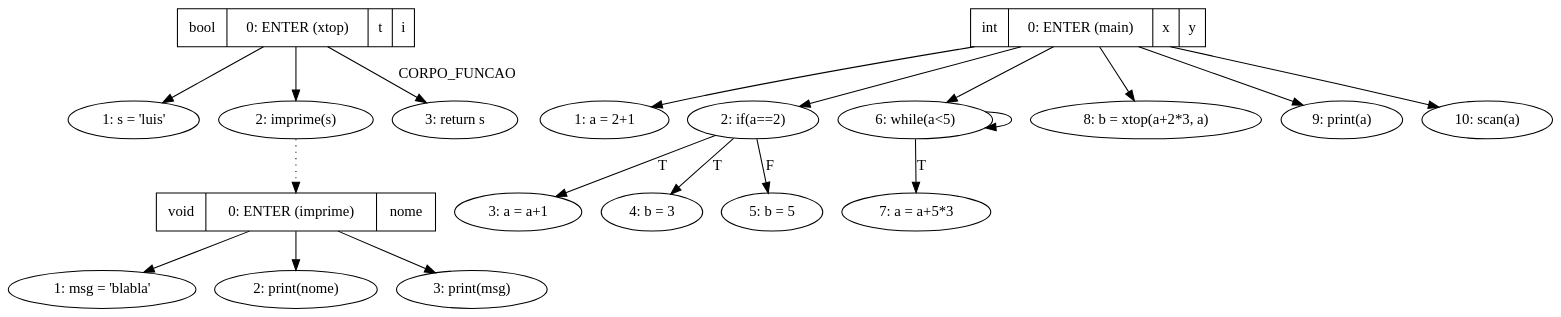
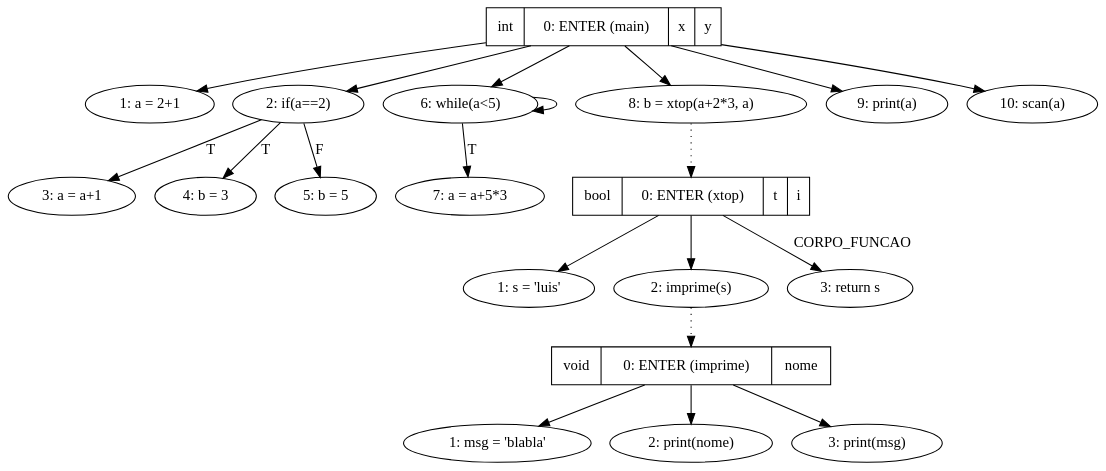
The diagram in ATS/Fichas/Cmb/Gramatica/output/sdg.gv (MiguelCosta/EngenhariaDeLinguagens), drawn with Graphviz before and after one commit. The commit also changed 15 other files, not shown here.

```diff
--- a/ATS/Fichas/Cmb/Gramatica/output/sdg.gv
+++ b/ATS/Fichas/Cmb/Gramatica/output/sdg.gv
@@ -1,52 +1,53 @@
 digraph mainmapSDG {
 graph [bgcolor=transparent];
 "0:ENTER (imprime)"[shape=record, label="{{void|0: ENTER (imprime)|nome}}"];
 "1:msg = 'blabla'"[label="1: msg = 'blabla'"];
 "2:print(nome)"[label="2: print(nome)"];
 "3:print(msg)"[label="3: print(msg)"];
 
 
 "0:ENTER (imprime)" -> "1:msg = 'blabla'";
 	"0:ENTER (imprime)" -> "2:print(nome)";
 	"0:ENTER (imprime)" -> "3:print(msg)";
 	
 
 "0:ENTER (main)"[shape=record, label="{{int|0: ENTER (main)|x|y}}"];
 "1:a = 2+1"[label="1: a = 2+1"];
 "2:if(a==2)"[label="2: if(a==2)"];
 "3:a = a+1"[label="3: a = a+1"];
 "4:b = 3"[label="4: b = 3"];
 "5:b = 5"[label="5: b = 5"];
 "6:while(a<5)"[label="6: while(a<5)"];
 "7:a = a+5*3"[label="7: a = a+5*3"];
 "8:b = xtop(a+2*3, a)"[label="8: b = xtop(a+2*3, a)"];
 "9:print(a)"[label="9: print(a)"];
 "10:scan(a)"[label="10: scan(a)"];
 
 
 "0:ENTER (main)" -> "1:a = 2+1";
 	"0:ENTER (main)" -> "2:if(a==2)";
 	"0:ENTER (main)" -> "6:while(a<5)";
 	"0:ENTER (main)" -> "8:b = xtop(a+2*3, a)";
 	"0:ENTER (main)" -> "9:print(a)";
 	"0:ENTER (main)" -> "10:scan(a)";
 	"2:if(a==2)" -> "3:a = a+1"[label="T"];
 	"2:if(a==2)" -> "4:b = 3"[label="T"];
 	"2:if(a==2)" -> "5:b = 5"[label="F"];
 	"6:while(a<5)" -> "6:while(a<5)";
 	"6:while(a<5)" -> "7:a = a+5*3"[label="T"];
 	
 
-"0:ENTER (xtop)"[shape=record, label="{{bool|0: ENTER (xtop)|t|i}}"];
+"8:b = xtop(a+2*3, a)" -> "0:ENTER (xtop)" [style=dotted];
+	"0:ENTER (xtop)"[shape=record, label="{{bool|0: ENTER (xtop)|t|i}}"];
 "1:s = 'luis'"[label="1: s = 'luis'"];
 "2:imprime(s)"[label="2: imprime(s)"];
 "3:return s"[label="3: return s"];
 
 
 "0:ENTER (xtop)" -> "1:s = 'luis'";
 	"0:ENTER (xtop)" -> "2:imprime(s)";
 	"0:ENTER (xtop)" -> "3:return s"[label="CORPO_FUNCAO"];
 	
 
 "2:imprime(s)" -> "0:ENTER (imprime)" [style=dotted];
 	}
```
